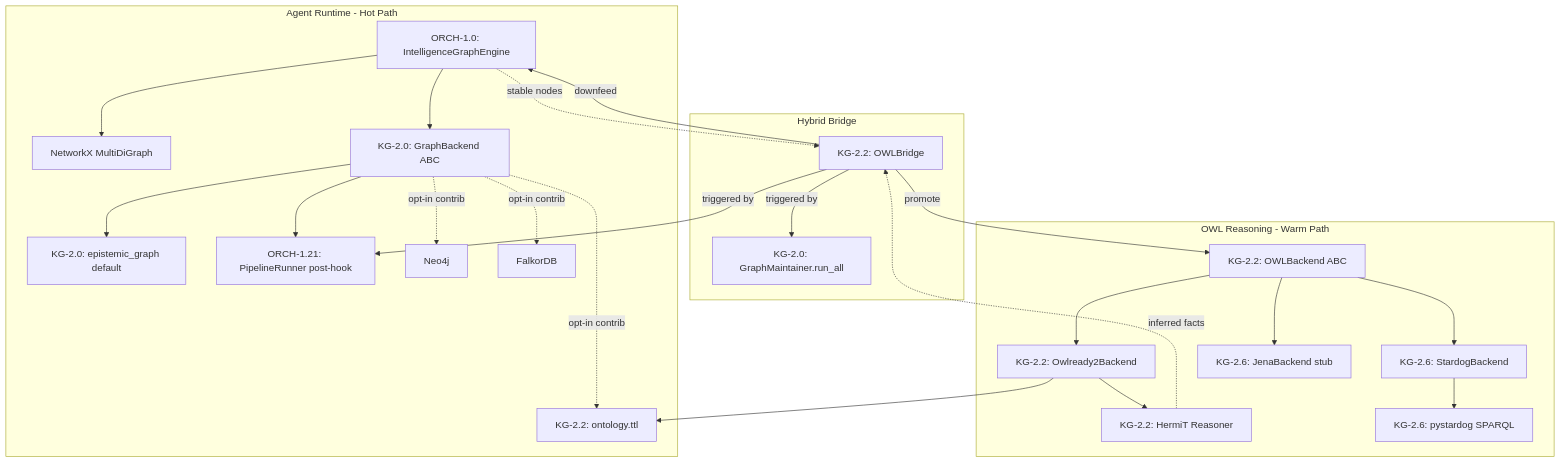
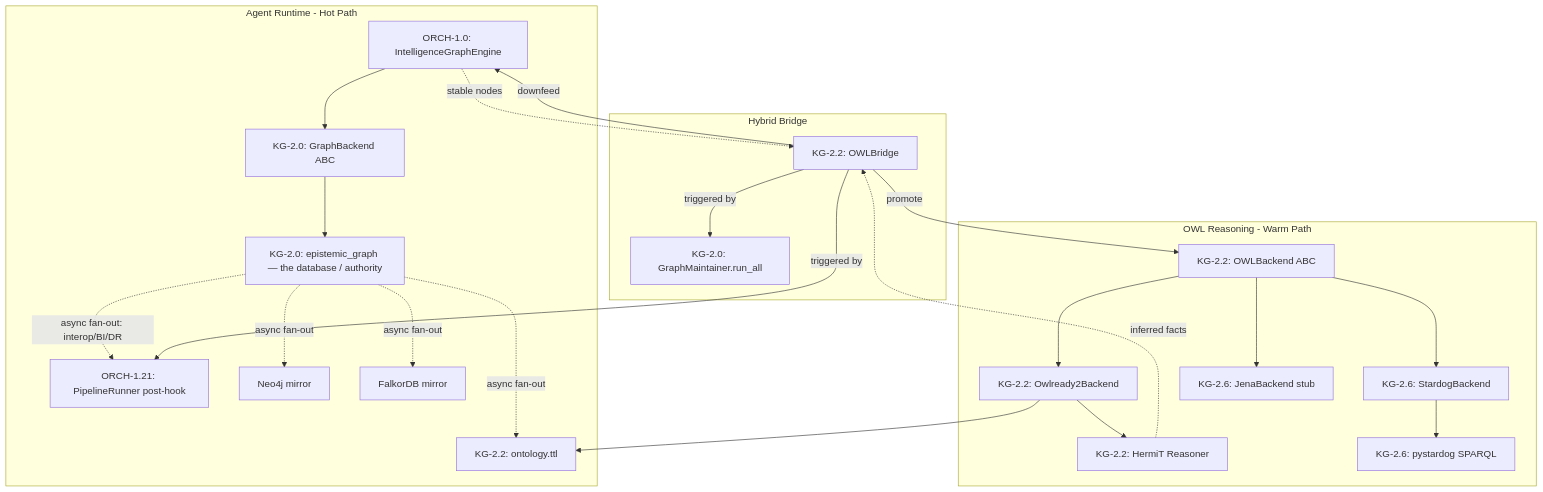
The second of 5 diagrams in docs/guides/knowledge-graph.md (Knuckles-Team/agent-utilities), drawn with Mermaid before and after one commit. The commit also changed other lines of this file and 59 other files, not shown here.

````diff
--- a/docs/guides/knowledge-graph.md
+++ b/docs/guides/knowledge-graph.md
@@ -123,31 +113,30 @@
 ```mermaid
 graph TB
     subgraph HotPath ["Agent Runtime - Hot Path"]
-        A[ORCH-1.0: IntelligenceGraphEngine] --> B[NetworkX MultiDiGraph]
-        A --> C[KG-2.0: GraphBackend ABC]
-        C --> D[KG-2.0: epistemic_graph default]
-        C --> P[KG-2.0: PostgreSQL / pg-age durable]
-        C -.->|opt-in contrib| E[Neo4j]
-        C -.->|opt-in contrib| F[FalkorDB]
-        C -.->|opt-in contrib| L[LadybugDB]
+        A[ORCH-1.0: IntelligenceGraphEngine] --> C[KG-2.0: GraphBackend ABC]
+        C --> D[KG-2.0: epistemic_graph — the database / authority]
+        D -.->|async fan-out: interop/BI/DR| P[Postgres / pg-age mirror]
+        D -.->|async fan-out| E[Neo4j mirror]
+        D -.->|async fan-out| F[FalkorDB mirror]
+        D -.->|async fan-out| L[LadybugDB mirror]
     end
 
     subgraph WarmPath ["OWL Reasoning - Warm Path"]
         H[KG-2.2: OWLBackend ABC] --> I[KG-2.2: Owlready2Backend]
         H --> J[KG-2.6: StardogBackend]
         H --> K[KG-2.6: JenaBackend stub]
         I --> L["KG-2.2: ontology.ttl"]
         I --> M[KG-2.2: HermiT Reasoner]
         J --> N[KG-2.6: pystardog SPARQL]
     end
 
     subgraph HybridBridge ["Hybrid Bridge"]
         O[KG-2.2: OWLBridge] -->|promote| H
         O -->|downfeed| A
         O -->|"triggered by"| P[ORCH-1.21: PipelineRunner post-hook]
         O -->|"triggered by"| Q[KG-2.0: GraphMaintainer.run_all]
     end
 
     A -.->|stable nodes| O
     M -.->|inferred facts| O
 ```
````
